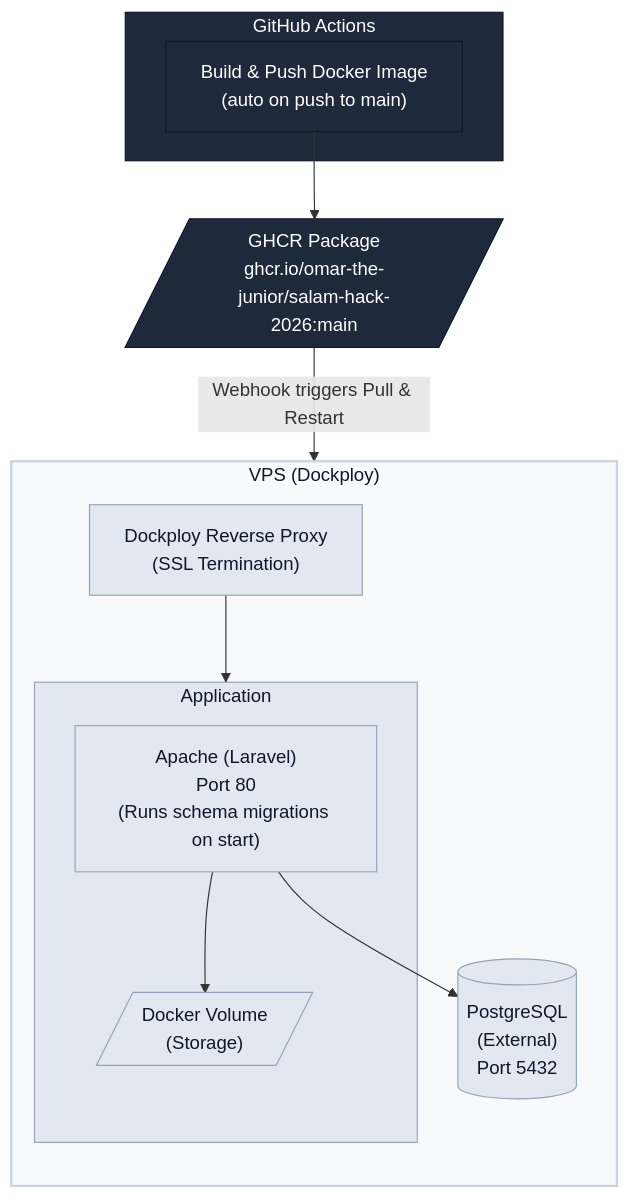
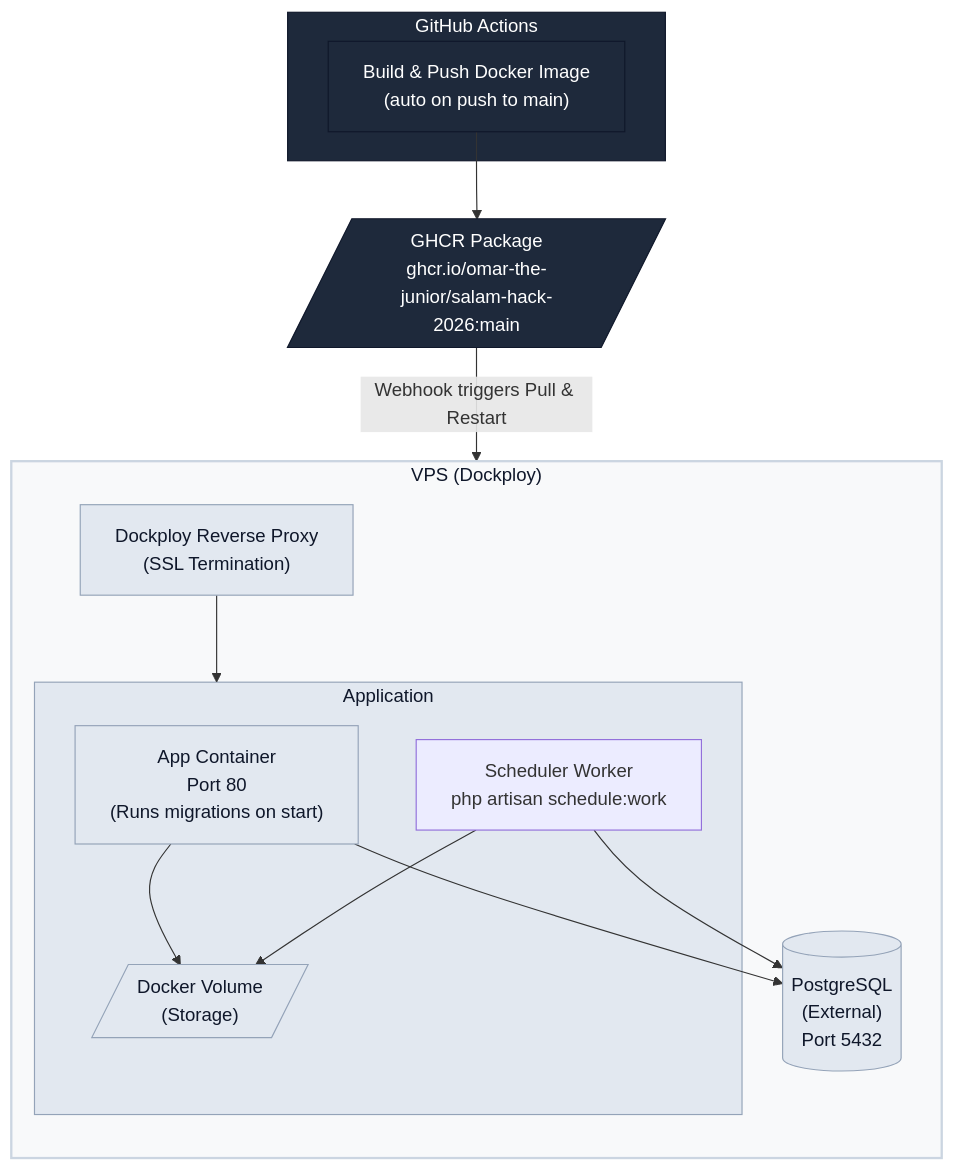
One commit to omar-the-junior/salam-hack-2026 changed the diagram in docs/deploy-handbook.md. Above: the diagram before and after it, drawn with Mermaid. The commit also changed other lines of this file and 2 other files, not shown here.

Commit message:
feat: add scheduler worker to architecture and deployment documentation

````diff
--- a/docs/deploy-handbook.md
+++ b/docs/deploy-handbook.md
@@ -121,35 +121,38 @@
 ```mermaid
 flowchart TD
     classDef vps fill:#f8f9fa,stroke:#cbd5e1,stroke-width:2px,color:#0f172a
     classDef container fill:#e2e8f0,stroke:#94a3b8,stroke-width:1px,color:#0f172a
     classDef gh fill:#1e293b,stroke:#0f172a,stroke-width:1px,color:#fff
 
     subgraph VPS ["VPS (Dockploy)"]
         direction TB
         Proxy["Dockploy Reverse Proxy\n(SSL Termination)"]
         
         subgraph App ["Application"]
-            Apache["Apache (Laravel)\nPort 80\n(Runs schema migrations on start)"]
+            Apache["App Container\nPort 80\n(Runs migrations on start)"]
+            Scheduler["Scheduler Worker\nphp artisan schedule:work"]
             Vol[/"Docker Volume\n(Storage)"/]
         end
         
         DB[("PostgreSQL\n(External)\nPort 5432")]
         
         Proxy --> App
         Apache --> DB
         Apache --> Vol
+        Scheduler --> DB
+        Scheduler --> Vol
     end
 
     subgraph GitHub ["GitHub Actions"]
         Build["Build & Push Docker Image\n(auto on push to main)"]
     end
     
     GHCR[/"GHCR Package\nghcr.io/omar-the-junior/salam-hack-2026:main"/]
     
     Build --> GHCR
     GHCR -->|Webhook triggers Pull & Restart| Proxy
     
     class VPS vps
     class App,DB,Proxy,Apache,Vol container
     class GitHub,Build,GHCR gh
 ```
````
